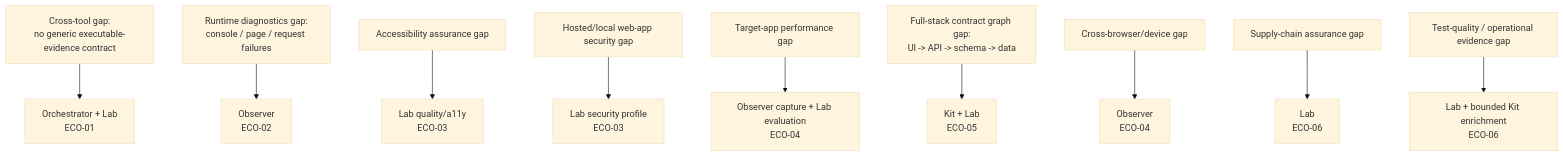
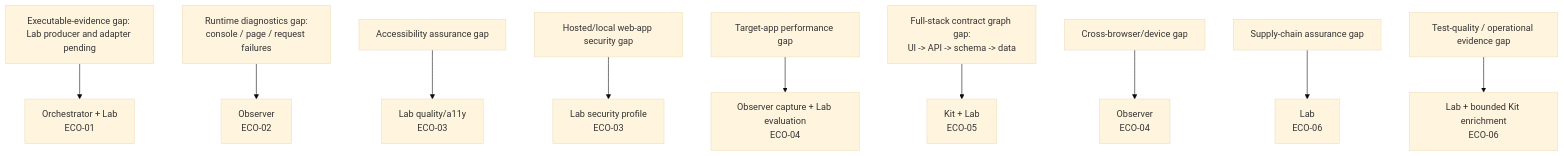
One commit to dailephd/my-dev-kit changed the second of 4 diagrams in docs/ECOSYSTEM_COORDINATED_ROADMAP.md. Above: the diagram before and after it, drawn with Mermaid (base theme). The commit also changed other lines of this file and 8 other files, not shown here.

````diff
--- a/docs/ECOSYSTEM_COORDINATED_ROADMAP.md
+++ b/docs/ECOSYSTEM_COORDINATED_ROADMAP.md
@@ -92,24 +106,23 @@
 ```mermaid
 flowchart TD
-  G0[Cross-tool gap:
-no generic executable-evidence contract] --> O0[Orchestrator + Lab
+  G0["Executable-evidence gap: Lab producer and adapter pending"] --> O0[Orchestrator + Lab
 ECO-01]
   G1[Runtime diagnostics gap:
 console / page / request failures] --> O1[Observer
 ECO-02]
   G2[Accessibility assurance gap] --> O2[Lab quality/a11y
 ECO-03]
   G3[Hosted/local web-app security gap] --> O3[Lab security profile
 ECO-03]
   G4[Target-app performance gap] --> O4[Observer capture + Lab evaluation
 ECO-04]
   G5[Full-stack contract graph gap:
 UI -> API -> schema -> data] --> O5[Kit + Lab
 ECO-05]
   G6[Cross-browser/device gap] --> O6[Observer
 ECO-04]
   G7[Supply-chain assurance gap] --> O7[Lab
 ECO-06]
   G8[Test-quality / operational evidence gap] --> O8[Lab + bounded Kit enrichment
 ECO-06]
 ```
````
